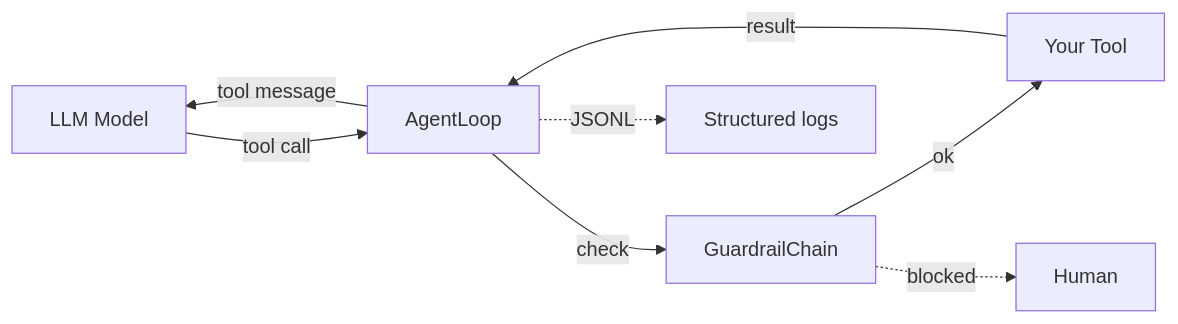
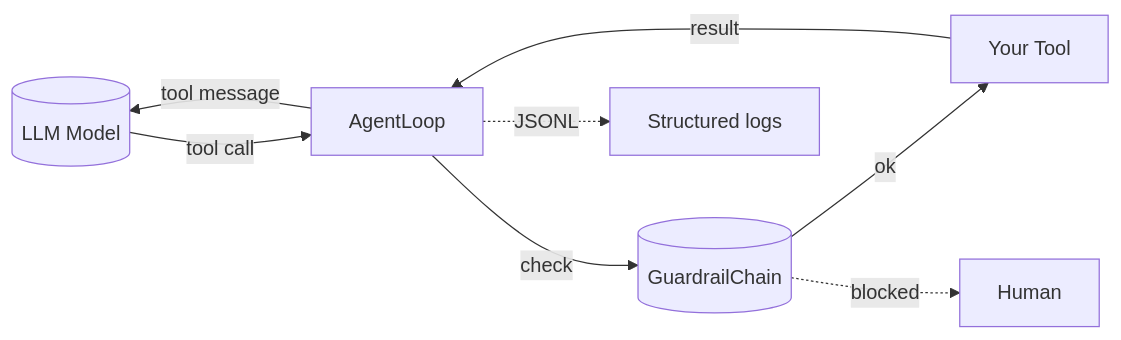
One commit to Cognitivemesh/pyarnes changed the diagram in docs/adopter/evaluate/concepts.md. Above: the diagram before and after it, drawn with Mermaid.

Commit message:
Fix diagram syntax in concepts.md

````diff
--- a/docs/adopter/evaluate/concepts.md
+++ b/docs/adopter/evaluate/concepts.md
@@ -13,10 +13,10 @@
 ```mermaid
 flowchart LR
-    Model[LLM Model] -->|tool call| Loop[AgentLoop]
-    Loop -->|check| Guard[GuardrailChain]
+    Model[(LLM Model)] -->|tool call| Loop[AgentLoop]
+    Loop -->|check| Guard[(GuardrailChain)]
     Guard -->|ok| Tool[Your Tool]
     Guard -.->|blocked| Human[Human]
     Tool -->|result| Loop
     Loop -->|tool message| Model
     Loop -.->|JSONL| Logs[Structured logs]
 ```
````
